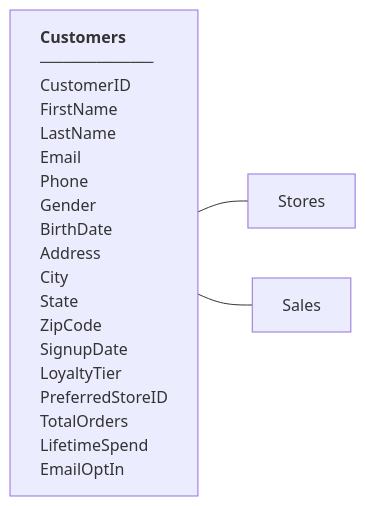
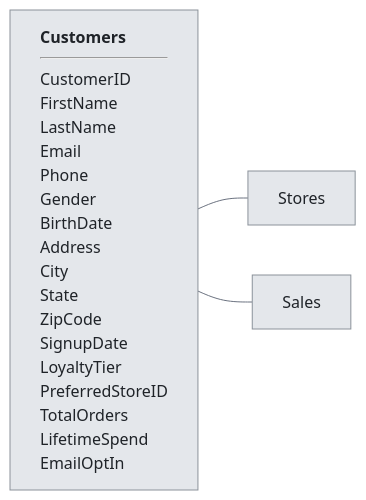
Before and after one commit to sirpadk/bi-joe-data-profiler: the diagram in examples/shoe_company/data-stories/customers.md, drawn with Mermaid. The commit also changed other lines of this file and 112 other files, not shown here.

````diff
--- a/examples/shoe_company/data-stories/customers.md
+++ b/examples/shoe_company/data-stories/customers.md
@@ -57,8 +59,9 @@
 ```mermaid
+%%{init: {"theme": "base", "themeVariables": {"primaryColor": "#e4e7eb", "primaryTextColor": "#1f2328", "primaryBorderColor": "#8b929a", "lineColor": "#6b7280", "secondaryColor": "#ffffff", "tertiaryColor": "#f4f5f7", "background": "#f4f5f7", "mainBkg": "#e4e7eb", "nodeBorder": "#8b929a"}}}%%
 flowchart LR
-    t_Customers["<div style='text-align:left'><b>Customers</b><br/>──────────<br/>CustomerID<br/>FirstName<br/>LastName<br/>Email<br/>Phone<br/>Gender<br/>BirthDate<br/>Address<br/>City<br/>State<br/>ZipCode<br/>SignupDate<br/>LoyaltyTier<br/>PreferredStoreID<br/>TotalOrders<br/>LifetimeSpend<br/>EmailOptIn</div>"]
+    t_Customers["<div style='text-align:left'><b>Customers</b><hr/>CustomerID<br/>FirstName<br/>LastName<br/>Email<br/>Phone<br/>Gender<br/>BirthDate<br/>Address<br/>City<br/>State<br/>ZipCode<br/>SignupDate<br/>LoyaltyTier<br/>PreferredStoreID<br/>TotalOrders<br/>LifetimeSpend<br/>EmailOptIn</div>"]
     t_Stores["Stores"]
     t_Customers --- t_Stores
     t_Sales["Sales"]
     t_Customers --- t_Sales
 ```
````
